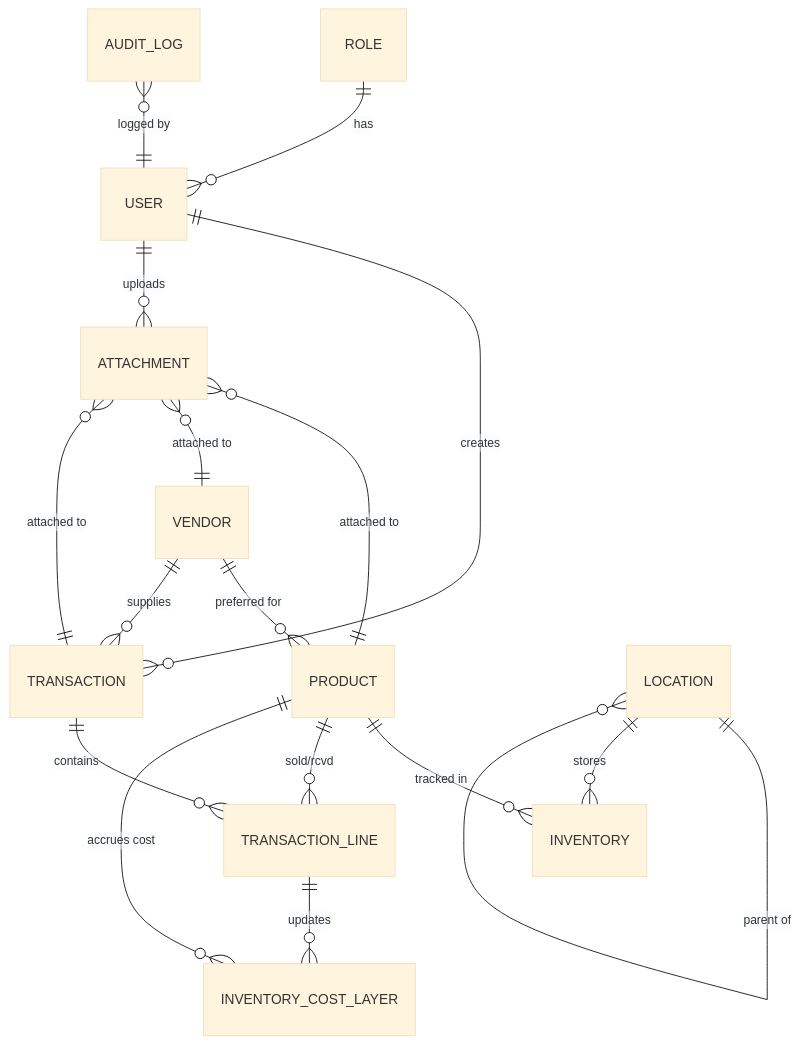
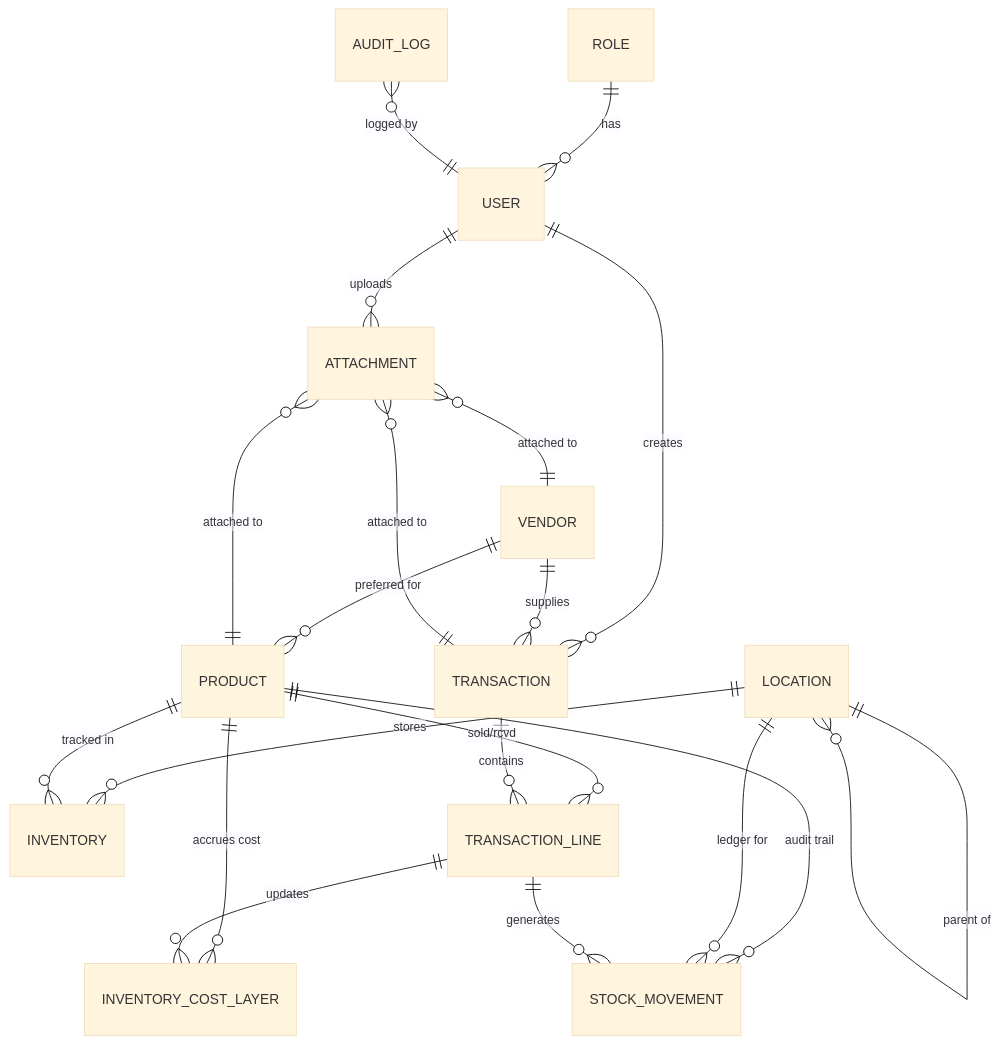
One commit to andrei-L1/inventory-system changed the diagram in DATABASE_DOCUMENTATION.md. Above: the diagram before and after it, drawn with Mermaid (base theme). The commit also changed other lines of this file and 8 other files, not shown here.

First line of the commit message:
feat: implement immutable stock movement ledger and rule of four

````diff
--- a/DATABASE_DOCUMENTATION.md
+++ b/DATABASE_DOCUMENTATION.md
@@ -72,19 +75,22 @@
 ```mermaid
 erDiagram
     ROLE ||--o{ USER : "has"
     USER ||--o{ TRANSACTION : "creates"
     VENDOR ||--o{ PRODUCT : "preferred for"
     VENDOR ||--o{ TRANSACTION : "supplies"
     LOCATION ||--o{ LOCATION : "parent of"
     LOCATION ||--o{ INVENTORY : "stores"
     PRODUCT ||--o{ INVENTORY : "tracked in"
     PRODUCT ||--o{ TRANSACTION_LINE : "sold/rcvd"
     PRODUCT ||--o{ INVENTORY_COST_LAYER : "accrues cost"
     TRANSACTION ||--o{ TRANSACTION_LINE : "contains"
     TRANSACTION_LINE ||--o{ INVENTORY_COST_LAYER : "updates"
+    PRODUCT ||--o{ STOCK_MOVEMENT : "audit trail"
+    LOCATION ||--o{ STOCK_MOVEMENT : "ledger for"
+    TRANSACTION_LINE ||--o{ STOCK_MOVEMENT : "generates"
     AUDIT_LOG }o--|| USER : "logged by"
     USER ||--o{ ATTACHMENT : "uploads"
     ATTACHMENT }o--|| PRODUCT : "attached to"
     ATTACHMENT }o--|| VENDOR : "attached to"
     ATTACHMENT }o--|| TRANSACTION : "attached to"
 ```
````
